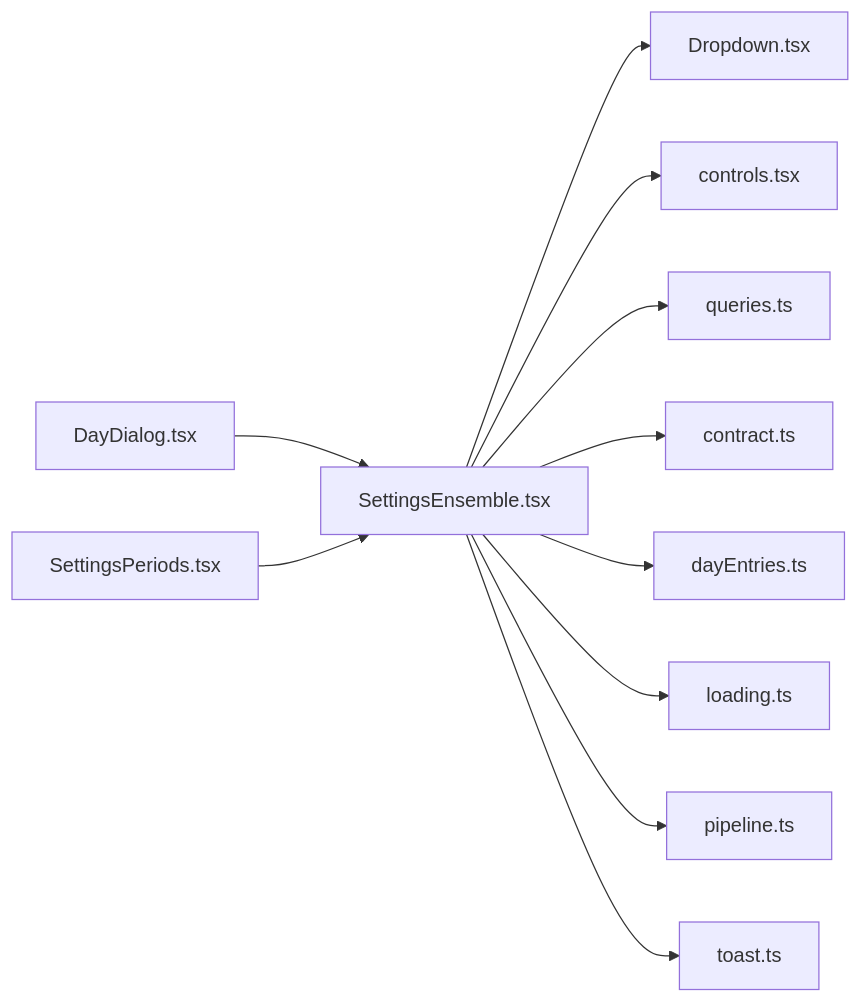
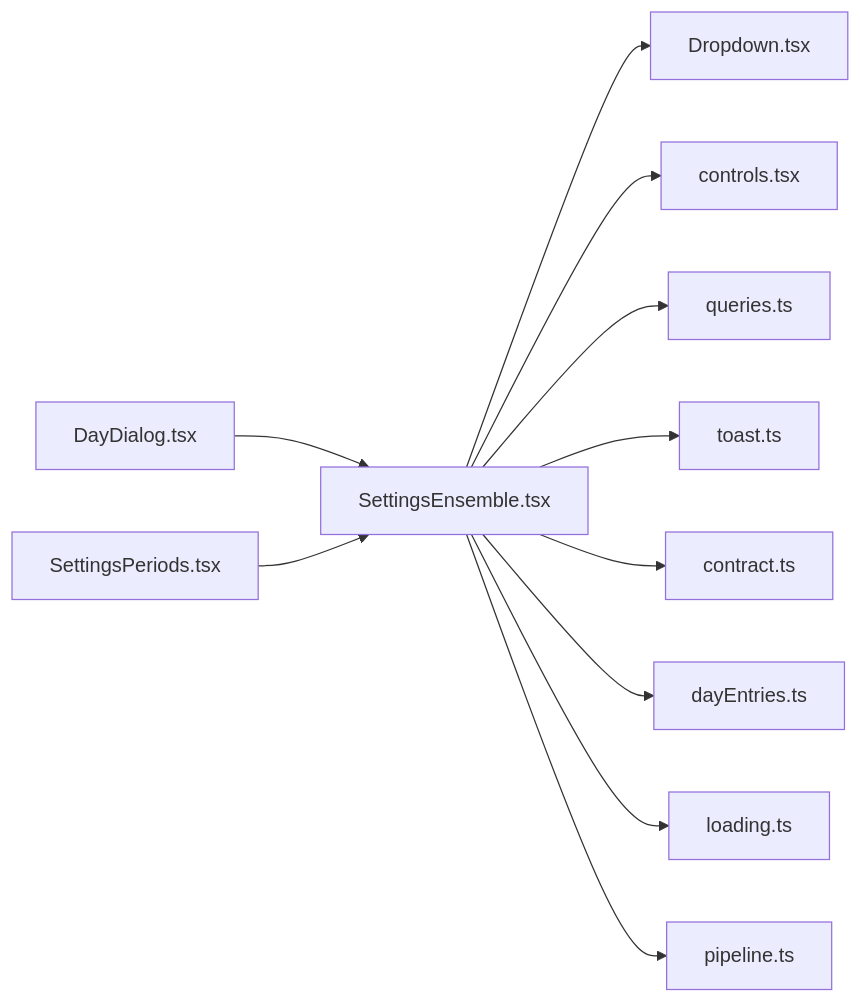
One commit to minkong-dev/Banblit changed the diagram in .cluedoc/graph/frontend/src/routes/SettingsEnsemble.md. Above: the diagram before and after it, drawn with Mermaid. The commit also changed other lines of this file and 47 other files, not shown here.

Commit message:
frontend: move toast into components

````diff
--- a/.cluedoc/graph/frontend/src/routes/SettingsEnsemble.md
+++ b/.cluedoc/graph/frontend/src/routes/SettingsEnsemble.md
@@ -10,14 +10,14 @@
 ```mermaid
 flowchart LR
   frontend_src_routes_SettingsEnsemble["SettingsEnsemble.tsx"]
   frontend_src_routes_SettingsEnsemble --> frontend_src_components_Dropdown["Dropdown.tsx"]
   frontend_src_routes_SettingsEnsemble --> frontend_src_components_controls["controls.tsx"]
   frontend_src_routes_SettingsEnsemble --> frontend_src_components_queries["queries.ts"]
+  frontend_src_routes_SettingsEnsemble --> frontend_src_components_toast["toast.ts"]
   frontend_src_routes_SettingsEnsemble --> frontend_src_lib_contract["contract.ts"]
   frontend_src_routes_SettingsEnsemble --> frontend_src_lib_dayEntries["dayEntries.ts"]
   frontend_src_routes_SettingsEnsemble --> frontend_src_lib_loading["loading.ts"]
   frontend_src_routes_SettingsEnsemble --> frontend_src_lib_pipeline["pipeline.ts"]
-  frontend_src_routes_SettingsEnsemble --> frontend_src_lib_toast["toast.ts"]
   frontend_src_routes_DayDialog["DayDialog.tsx"] --> frontend_src_routes_SettingsEnsemble
   frontend_src_routes_SettingsPeriods["SettingsPeriods.tsx"] --> frontend_src_routes_SettingsEnsemble
 ```
````
